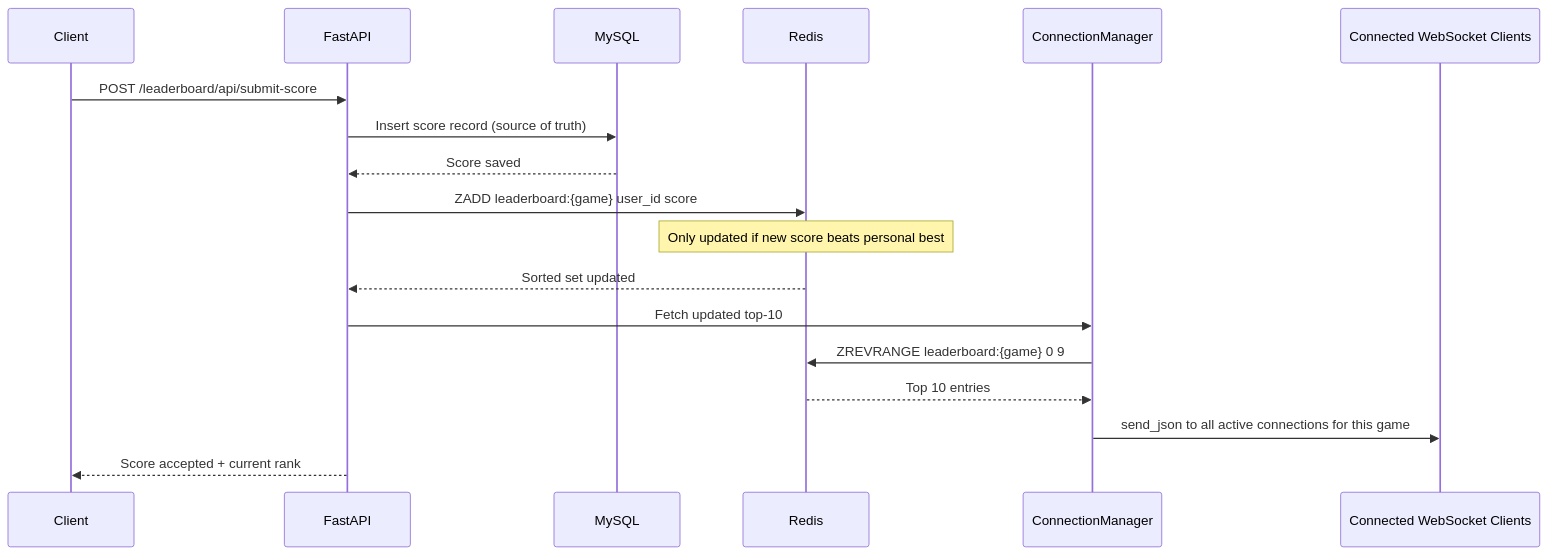
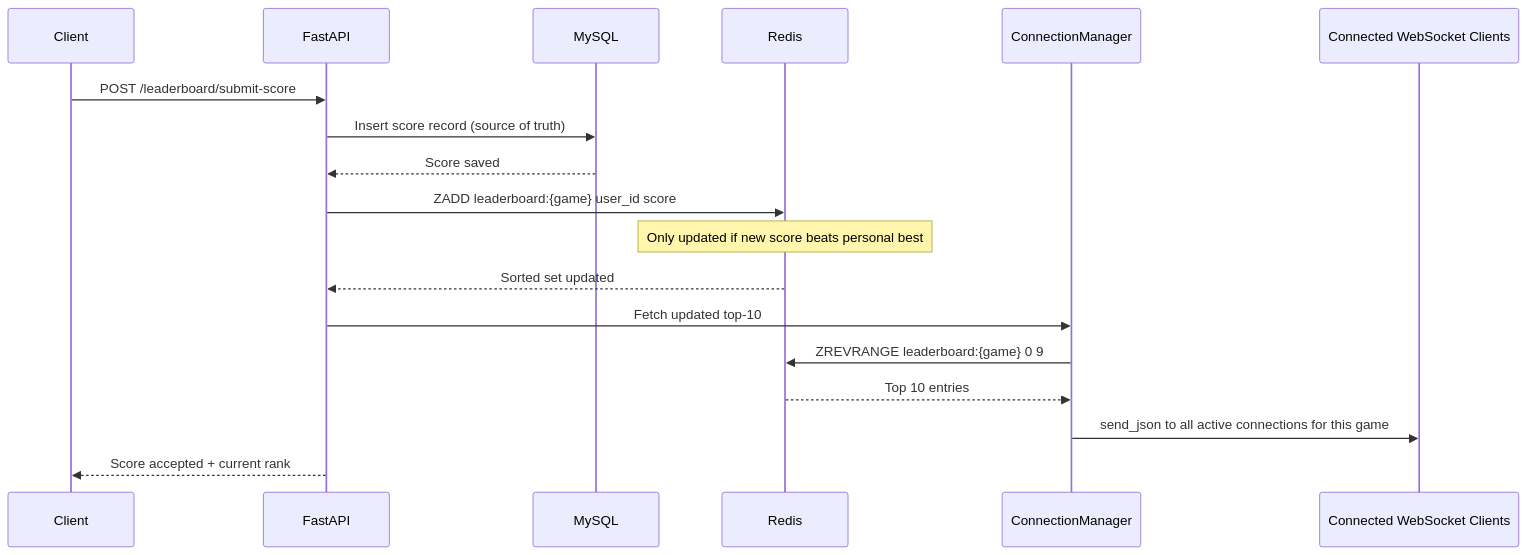
Before and after one commit to fara77ezma/Leader-Board-Real-Time-System: the third of 4 diagrams in ARCHITECTURE.md, drawn with Mermaid. The commit also changed other lines of this file and 6 other files, not shown here.

````diff
--- a/ARCHITECTURE.md
+++ b/ARCHITECTURE.md
@@ -90,21 +92,21 @@
 ```mermaid
 sequenceDiagram
     participant Client
     participant API as FastAPI
     participant DB as MySQL
     participant Redis as Redis
     participant CM as ConnectionManager
     participant WS as Connected WebSocket Clients
     
-    Client->>API: POST /leaderboard/api/submit-score
+    Client->>API: POST /leaderboard/submit-score
     API->>DB: Insert score record (source of truth)
     DB-->>API: Score saved
     API->>Redis: ZADD leaderboard:{game} user_id score
     Note over Redis: Only updated if new score beats personal best
     Redis-->>API: Sorted set updated
     API->>CM: Fetch updated top-10
     CM->>Redis: ZREVRANGE leaderboard:{game} 0 9
     Redis-->>CM: Top 10 entries
     CM->>WS: send_json to all active connections for this game
     API-->>Client: Score accepted + current rank
 ```
````
